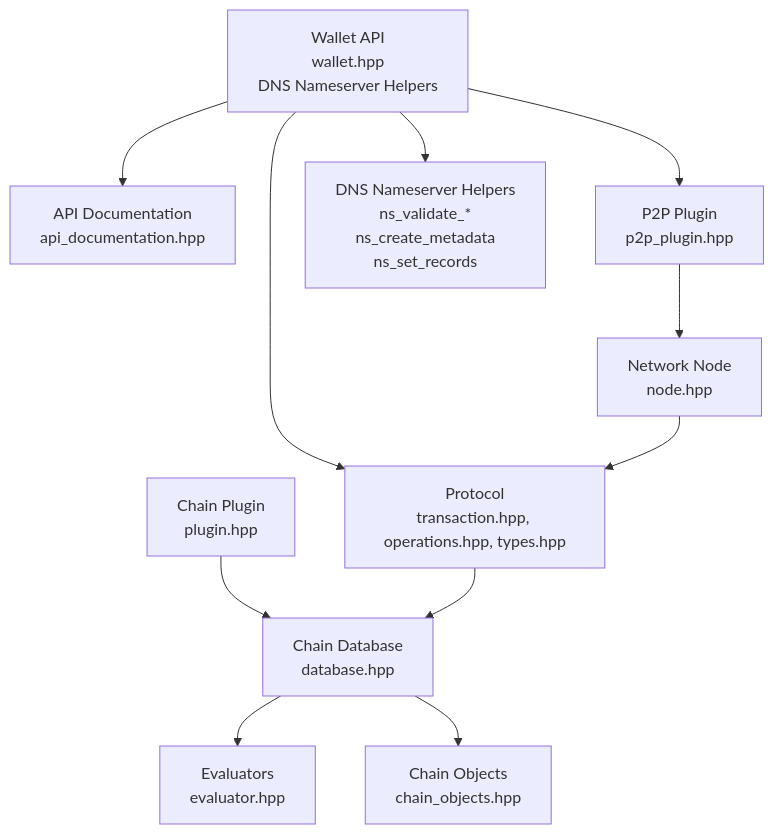
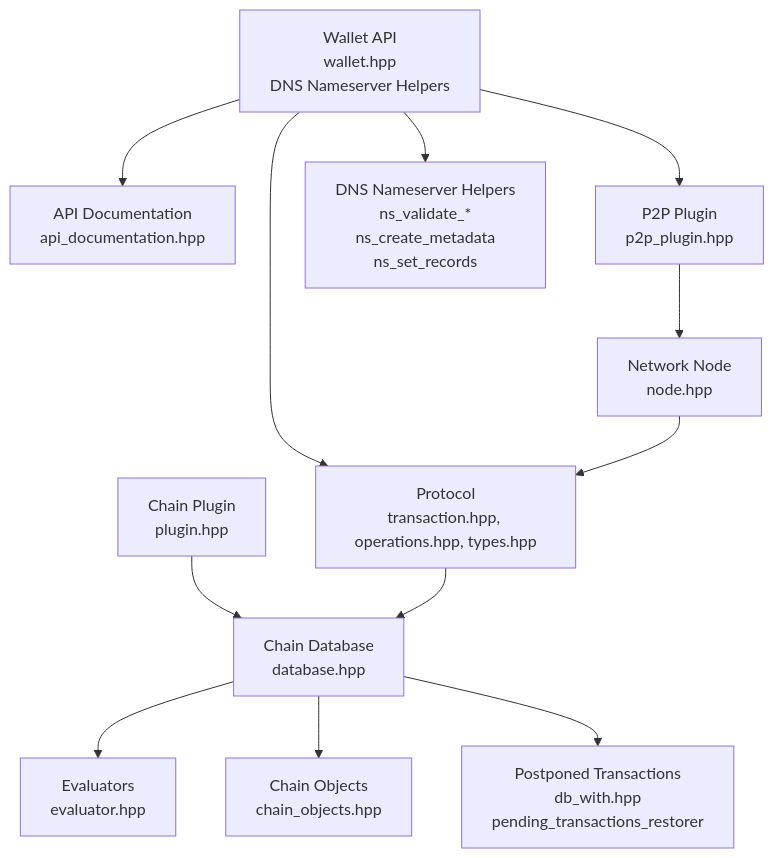
Before and after one commit to VIZ-Blockchain/viz-cpp-node: the second of 12 diagrams in .qoder/repowiki/en/content/Core Libraries.md, drawn with Mermaid. The commit also changed other lines of this file and 3 other files, not shown here.

````diff
--- a/.qoder/repowiki/en/content/Core Libraries.md
+++ b/.qoder/repowiki/en/content/Core Libraries.md
@@ -145,23 +148,25 @@
 ```mermaid
 graph TB
 WALLET["Wallet API<br/>wallet.hpp<br/>DNS Nameserver Helpers"]
 API_DOC["API Documentation<br/>api_documentation.hpp"]
 PROTO["Protocol<br/>transaction.hpp, operations.hpp, types.hpp"]
 CHAIN["Chain Database<br/>database.hpp"]
 EVAL["Evaluators<br/>evaluator.hpp"]
 CHAIN_OBJ["Chain Objects<br/>chain_objects.hpp"]
 NET["Network Node<br/>node.hpp"]
 PL_CHAIN["Chain Plugin<br/>plugin.hpp"]
 PL_P2P["P2P Plugin<br/>p2p_plugin.hpp"]
 DNS_HELPERS["DNS Nameserver Helpers<br/>ns_validate_*<br/>ns_create_metadata<br/>ns_set_records"]
+DB_WITH["Postponed Transactions<br/>db_with.hpp<br/>pending_transactions_restorer"]
 WALLET --> API_DOC
 WALLET --> PROTO
 WALLET --> DNS_HELPERS
 WALLET --> PL_P2P
 PL_P2P --> NET
 PL_CHAIN --> CHAIN
 CHAIN --> EVAL
 CHAIN --> CHAIN_OBJ
+CHAIN --> DB_WITH
 NET --> PROTO
 PROTO --> CHAIN
 ```
````
